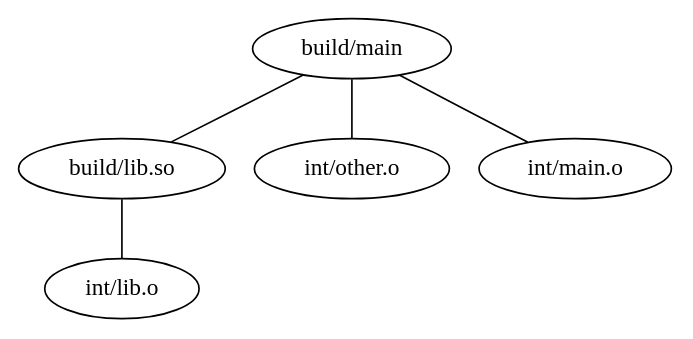
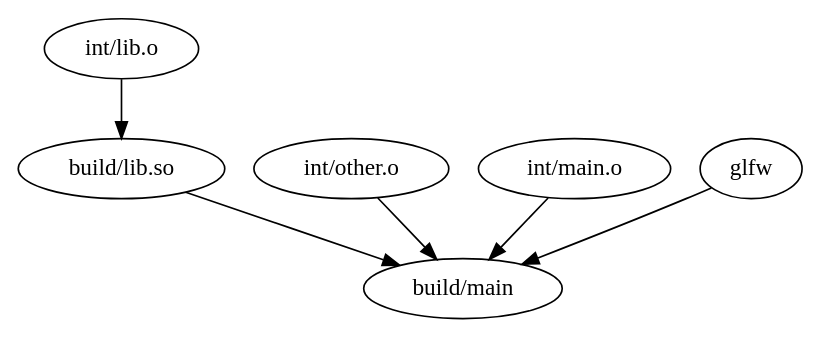
One commit to ludviggunne/rubuild changed the diagram in example/graph.dot. Above: the diagram before and after it, drawn with Graphviz. The commit also changed 4 other files, not shown here.

Commit message:
Added system libs to graph, made graph directed

```diff
--- a/example/graph.dot
+++ b/example/graph.dot
@@ -1,12 +1,14 @@
-graph DependencyTree {
+digraph DependencyTree {
     "build/main"[]
     "build/lib.so"[]
     "int/lib.o"[]
     "int/other.o"[]
     "int/main.o"[]
+    "glfw"
 
-    "build/main" -- "int/main.o"[]
-    "build/main" -- "int/other.o"[]
-    "build/main" -- "build/lib.so"[]
-    "build/lib.so" -- "int/lib.o"[]
+    "int/main.o" -> "build/main"[]
+    "int/other.o" -> "build/main"[]
+    "build/lib.so" -> "build/main"[]
+    "glfw" -> "build/main"
+    "int/lib.o" -> "build/lib.so"[]
 }
```
